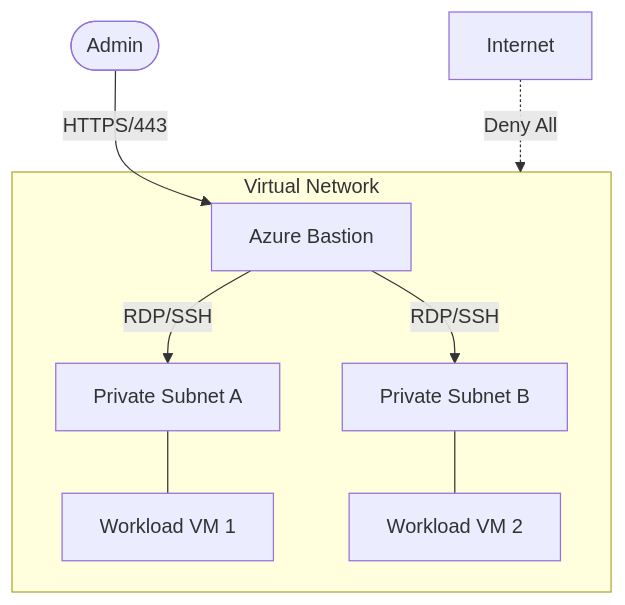
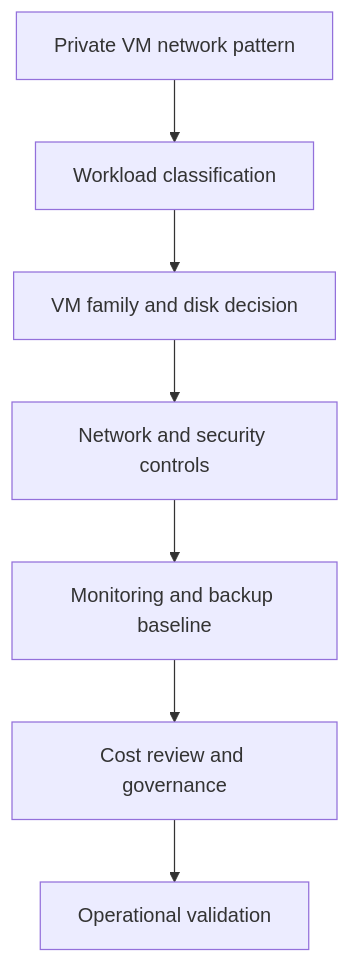
The diagram in docs/best-practices/networking-best-practices.md (yeongseon/azure-virtual-machine-practical-guide), drawn with Mermaid before and after one commit. The commit also changed other lines of this file and 24 other files, not shown here.

````diff
--- a/docs/best-practices/networking-best-practices.md
+++ b/docs/best-practices/networking-best-practices.md
@@ -16,14 +17,9 @@
 ```mermaid
-graph TD
-    User([Admin]) -- HTTPS/443 --> Bastion[Azure Bastion]
-    Bastion -- RDP/SSH --> SubnetA[Private Subnet A]
-    Bastion -- RDP/SSH --> SubnetB[Private Subnet B]
-    
-    subgraph VNET [Virtual Network]
-    Bastion
-    SubnetA --- VM1[Workload VM 1]
-    SubnetB --- VM2[Workload VM 2]
-    end
-    
-    Internet[Internet] -. Deny All .-> VNET
+flowchart TD
+    A[Private VM network pattern] --> B[Workload classification]
+    B --> C[VM family and disk decision]
+    C --> D[Network and security controls]
+    D --> E[Monitoring and backup baseline]
+    E --> F[Cost review and governance]
+    F --> G[Operational validation]
 ```
````
